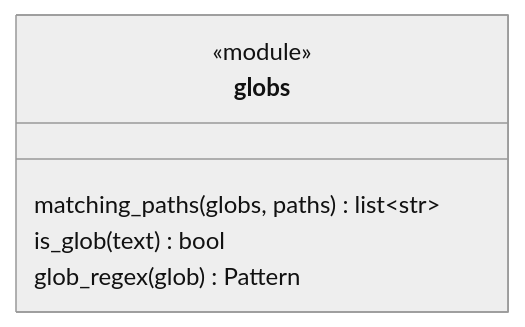
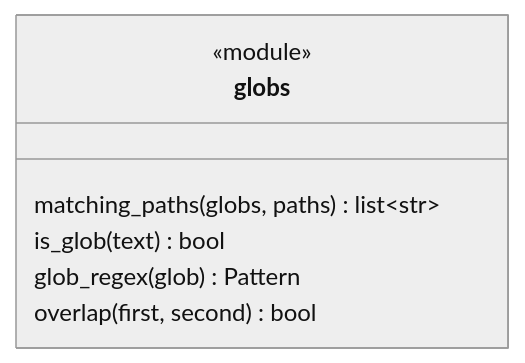
The first of 2 diagrams in docs/architecture/modules/globs.md (plaplanche/ariane), drawn with Mermaid (neutral theme) before and after one commit. The commit also changed other lines of this file and 27 other files, not shown here.

````diff
--- a/docs/architecture/modules/globs.md
+++ b/docs/architecture/modules/globs.md
@@ -24,9 +26,10 @@
 ```mermaid
 classDiagram
 class globs {
   <<module>>
   matching_paths(globs, paths) list~str~
   is_glob(text) bool
   glob_regex(glob) Pattern
+  overlap(first, second) bool
 }
 ```
````
